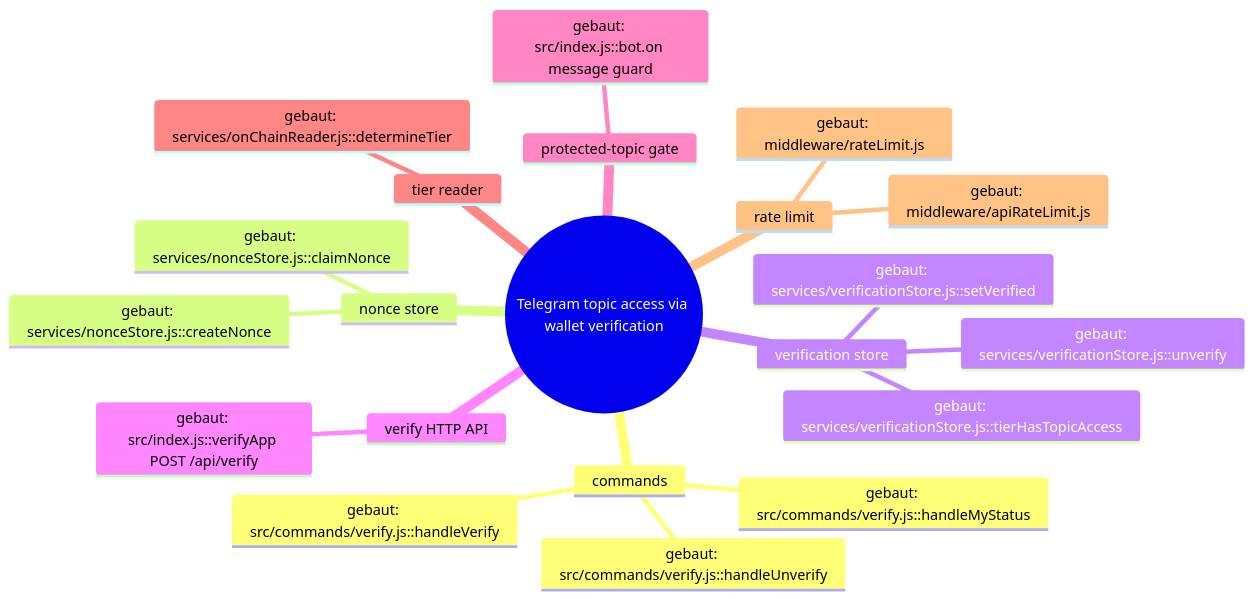
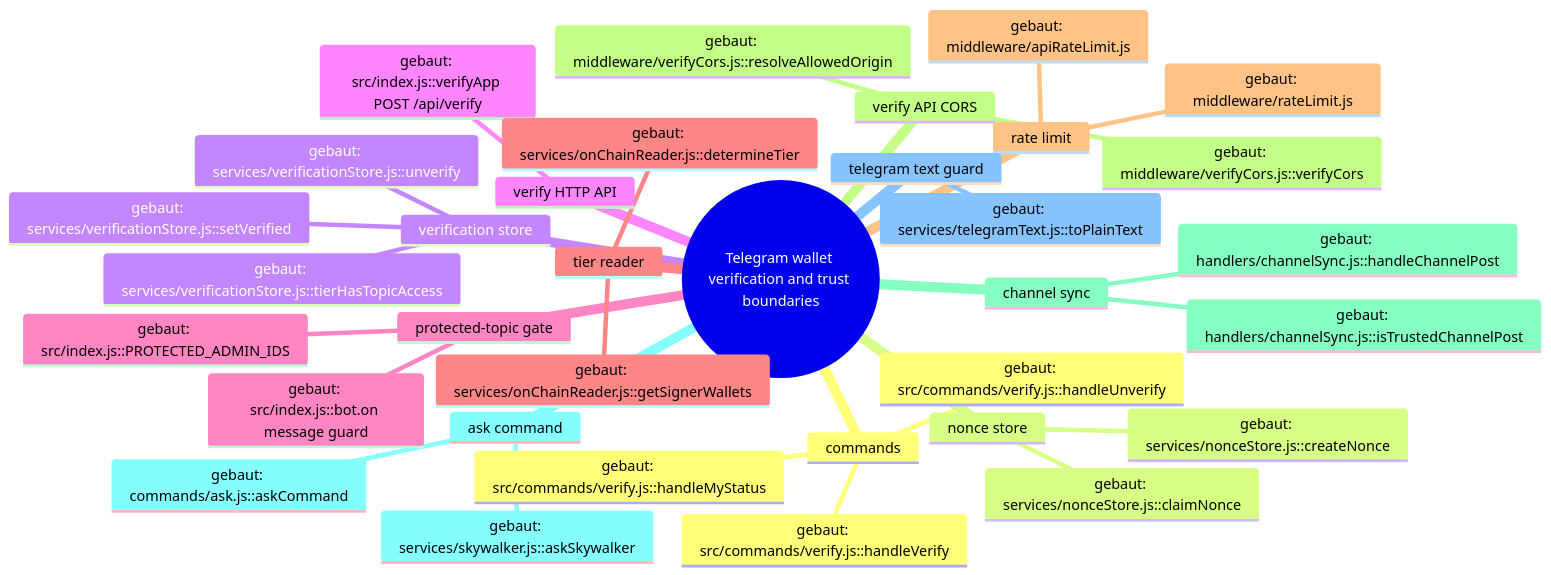
Before and after one commit to NeaBouli/inferno: the diagram in docs/architecture/MAP.md, drawn with Mermaid. The commit also changed other lines of this file and 16 other files, not shown here.

````diff
--- a/docs/architecture/MAP.md
+++ b/docs/architecture/MAP.md
@@ -70,24 +125,37 @@
 ```mermaid
 mindmap
-  root((Telegram topic access via wallet verification))
+  root((Telegram wallet verification and trust boundaries))
     commands
       gebaut: src/commands/verify.js::handleVerify
       gebaut: src/commands/verify.js::handleUnverify
       gebaut: src/commands/verify.js::handleMyStatus
     nonce store
       gebaut: services/nonceStore.js::createNonce
       gebaut: services/nonceStore.js::claimNonce
     verification store
       gebaut: services/verificationStore.js::setVerified
       gebaut: services/verificationStore.js::unverify
       gebaut: services/verificationStore.js::tierHasTopicAccess
     verify HTTP API
       gebaut: src/index.js::verifyApp POST /api/verify
     protected-topic gate
       gebaut: src/index.js::bot.on message guard
+      gebaut: src/index.js::PROTECTED_ADMIN_IDS
     tier reader
       gebaut: services/onChainReader.js::determineTier
+      gebaut: services/onChainReader.js::getSignerWallets
     rate limit
       gebaut: middleware/rateLimit.js
       gebaut: middleware/apiRateLimit.js
+    verify API CORS
+      gebaut: middleware/verifyCors.js::resolveAllowedOrigin
+      gebaut: middleware/verifyCors.js::verifyCors
+    channel sync
+      gebaut: handlers/channelSync.js::isTrustedChannelPost
+      gebaut: handlers/channelSync.js::handleChannelPost
+    ask command
+      gebaut: commands/ask.js::askCommand
+      gebaut: services/skywalker.js::askSkywalker
+    telegram text guard
+      gebaut: services/telegramText.js::toPlainText
 ```
````
